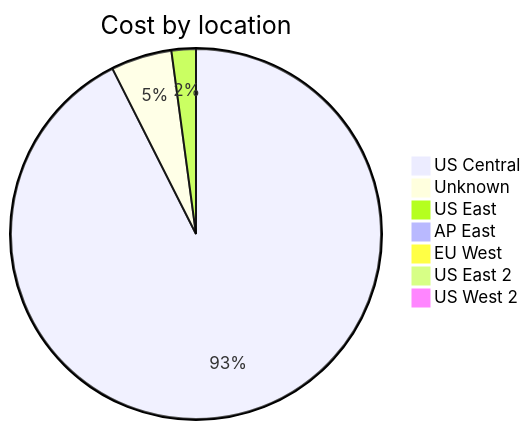
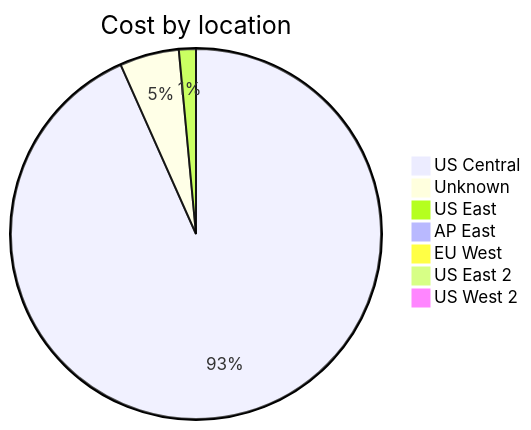
One commit to jpfulton/azure-personal-reports changed the third of 4 diagrams in cost-reports/accumulated-cost.md. Above: the diagram before and after it, drawn with Mermaid. The commit also changed other lines of this file and 4 other files, not shown here.

````diff
--- a/cost-reports/accumulated-cost.md
+++ b/cost-reports/accumulated-cost.md
@@ -119,11 +119,11 @@
 ```mermaid
 pie
    title Cost by location
-   "US Central" : 0.87
-   "Unknown" : 0.05
+   "US Central" : 1.26
+   "Unknown" : 0.07
    "US East" : 0.02
    "AP East" : 0.00
    "EU West" : 0.00
    "US East 2" : 0.00
    "US West 2" : 0.00
 ```
````
